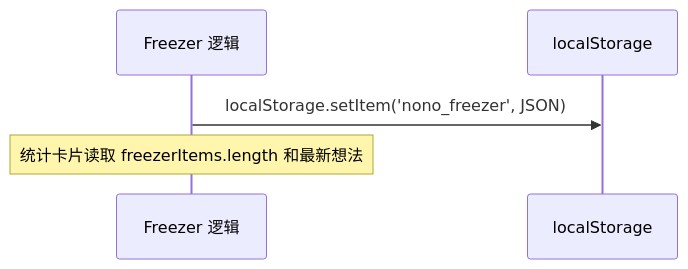
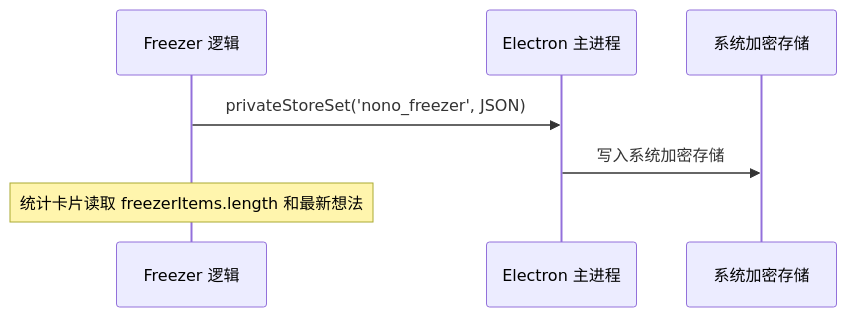
The fourth of 5 diagrams in docs/system_design.md (zcycharls/naonao), drawn with Mermaid before and after one commit. The commit also changed other lines of this file and 11 other files, not shown here.

````diff
--- a/docs/system_design.md
+++ b/docs/system_design.md
@@ -267,8 +269,10 @@
 ```mermaid
 sequenceDiagram
     participant Freezer as Freezer 逻辑
-    participant LS as localStorage
+    participant Main as Electron 主进程
+    participant Safe as 系统加密存储
 
-    Freezer->>LS: localStorage.setItem('nono_freezer', JSON)
+    Freezer->>Main: privateStoreSet('nono_freezer', JSON)
+    Main->>Safe: 写入系统加密存储
     Note over Freezer: 统计卡片读取 freezerItems.length 和最新想法
 ```
````
